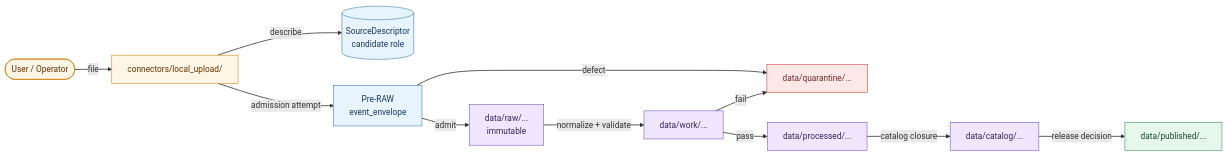
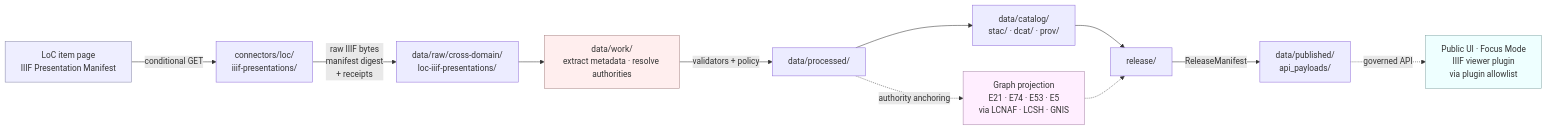
Before and after one commit to bartytime4life/Kansas-Frontier-Matrix: the diagram in docs/sources/catalog/local_upload/README.md, drawn with Mermaid. The commit also changed other lines of this file, not shown here.

````diff
--- a/docs/sources/catalog/local_upload/README.md
+++ b/docs/sources/catalog/local_upload/README.md
@@ -88,32 +114,17 @@
 ```mermaid
 flowchart LR
-    classDef src fill:#fff5e6,stroke:#cc7a00,color:#663300
-    classDef gov fill:#e8f4fd,stroke:#2b6cb0,color:#1a365d
-    classDef life fill:#f0e6ff,stroke:#6b46c1,color:#322659
-    classDef pub fill:#e6f7ec,stroke:#2f855a,color:#1c4532
-    classDef deny fill:#fde8e8,stroke:#c53030,color:#742a2a
-
-    User([User / Operator]):::src
-    Conn[connectors/local_upload/]:::src
-    SD[(SourceDescriptor<br/>candidate role)]:::gov
-    PreRaw[Pre-RAW<br/>event_envelope]:::gov
-    Raw[data/raw/...<br/>immutable]:::life
-    QT[data/quarantine/...]:::deny
-    Work[data/work/...]:::life
-    Proc[data/processed/...]:::life
-    Cat[data/catalog/...]:::life
-    Pub[data/published/...]:::pub
-
-    User -->|file| Conn
-    Conn -->|describe| SD
-    Conn -->|admission attempt| PreRaw
-    PreRaw -->|admit| Raw
-    PreRaw -->|defect| QT
-    Raw -->|normalize + validate| Work
-    Work -->|fail| QT
-    Work -->|pass| Proc
-    Proc -->|catalog closure| Cat
-    Cat -->|release decision| Pub
-
-    linkStyle default stroke-width:1.5px
+    A[LoC item page<br/>IIIF Presentation Manifest] -->|conditional GET| B[connectors/loc/<br/>iiif-presentations/]
+    B -->|raw IIIF bytes<br/>manifest digest<br/>+ receipts| C[data/raw/cross-domain/<br/>loc-iiif-presentations/]
+    C --> D[data/work/<br/>extract metadata · resolve authorities]
+    D -->|validators + policy| E[data/processed/]
+    E --> F[data/catalog/<br/>stac/ · dcat/ · prov/]
+    E -.->|authority anchoring| G[Graph projection<br/>E21 · E74 · E53 · E5<br/>via LCNAF · LCSH · GNIS]
+    F --> H[release/]
+    G -.-> H
+    H -->|ReleaseManifest| I[data/published/<br/>api_payloads/]
+    I -.->|governed API| J[Public UI · Focus Mode<br/>IIIF viewer plugin<br/>via plugin allowlist]
+    style A fill:#eef,stroke:#88a
+    style G fill:#fef,stroke:#a8a
+    style J fill:#eff,stroke:#8aa
+    style D fill:#fee,stroke:#a88
 ```
````
